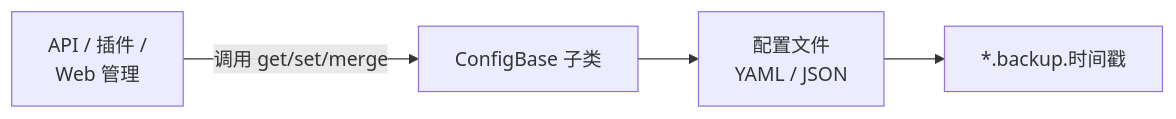
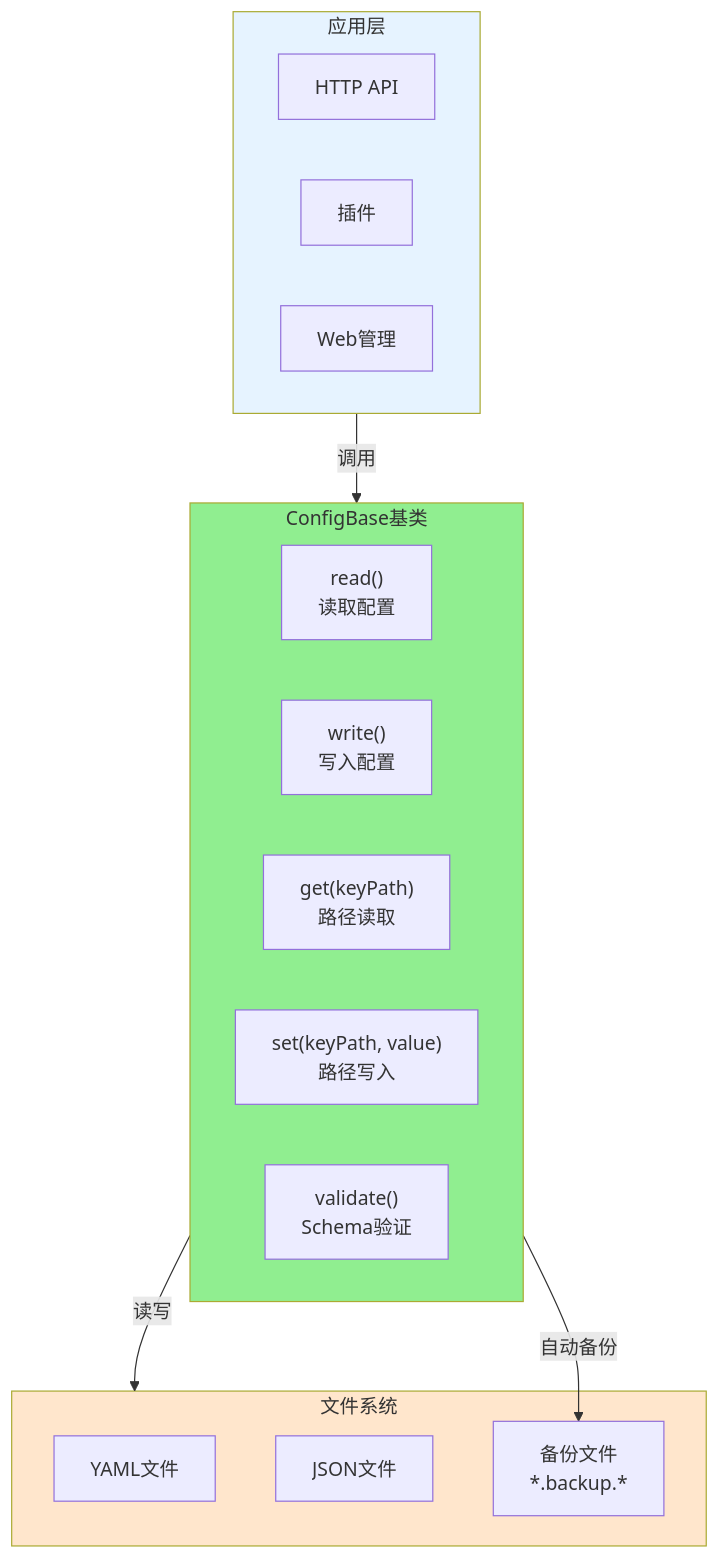
Before and after one commit to sunflowermm/XRK-AGT: the first of 3 diagrams in docs/config-base.md, drawn with Mermaid. The commit also changed other lines of this file and 4 other files, not shown here.

````diff
--- a/docs/config-base.md
+++ b/docs/config-base.md
@@ -29,6 +21,30 @@
 ```mermaid
-flowchart LR
-  App["API / 插件 /<br/>Web 管理"] -->|调用 get/set/merge| CfgCls["ConfigBase 子类"]
-  CfgCls --> File["配置文件<br/>YAML / JSON"]
-  File --> Backup["*.backup.时间戳"]
+flowchart TB
+    subgraph App["应用层"]
+        API["HTTP API"]
+        Plugin["插件"]
+        Web["Web管理"]
+    end
+    
+    subgraph ConfigBase["ConfigBase基类"]
+        Read["read()<br/>读取配置"]
+        Write["write()<br/>写入配置"]
+        Get["get(keyPath)<br/>路径读取"]
+        Set["set(keyPath, value)<br/>路径写入"]
+        Validate["validate()<br/>Schema验证"]
+    end
+    
+    subgraph File["文件系统"]
+        YAML["YAML文件"]
+        JSON["JSON文件"]
+        Backup["备份文件<br/>*.backup.*"]
+    end
+    
+    App -->|调用| ConfigBase
+    ConfigBase -->|读写| File
+    ConfigBase -->|自动备份| Backup
+    
+    style App fill:#E6F3FF
+    style ConfigBase fill:#90EE90
+    style File fill:#FFE6CC
 ```
````
